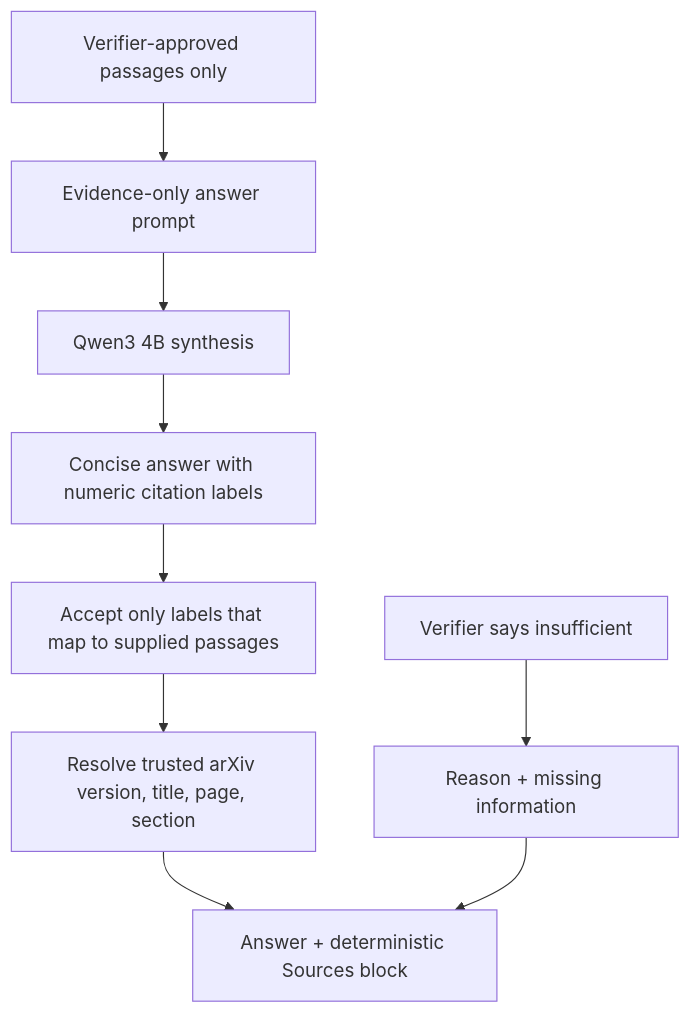
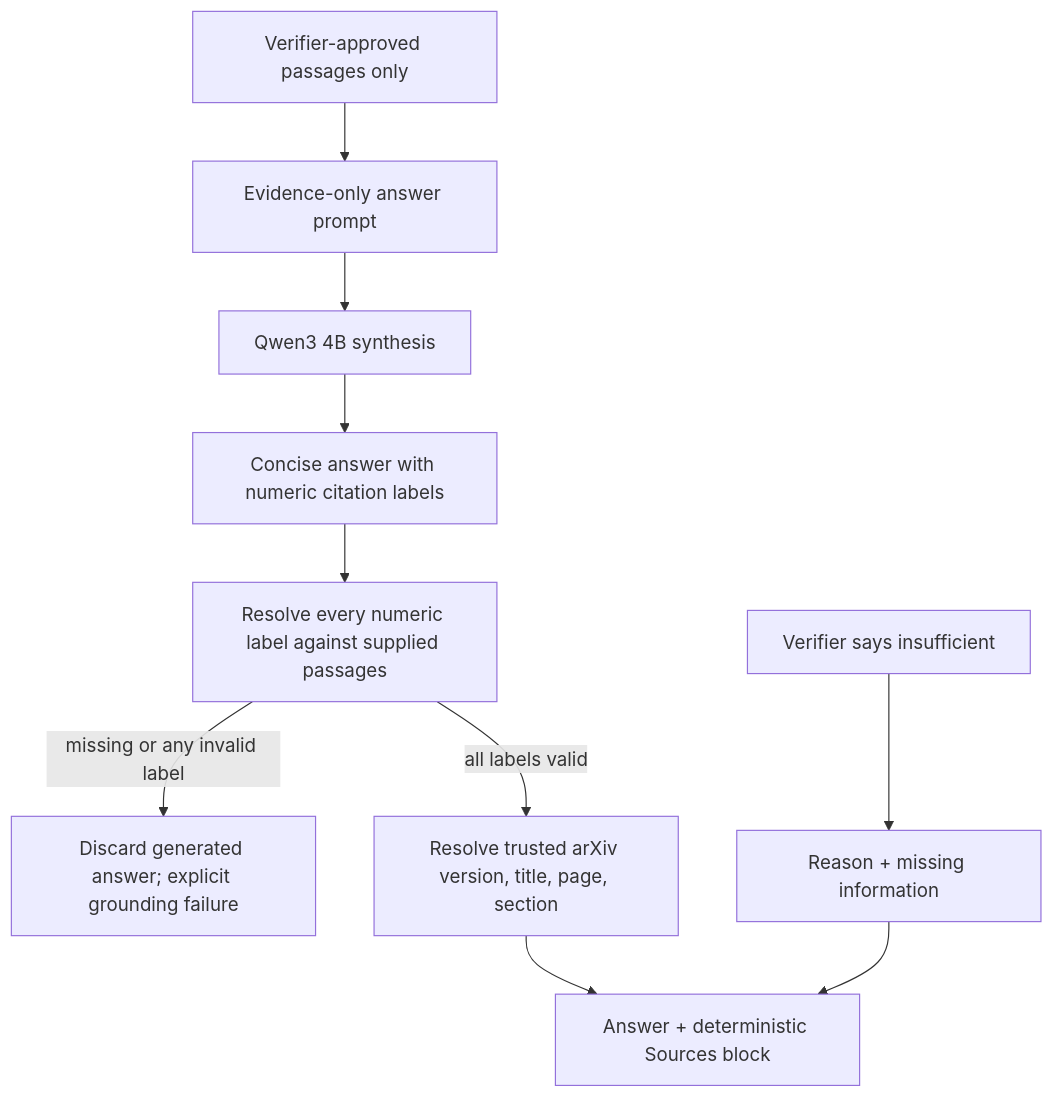
Before and after one commit to TQC0103/scientific-research-agent: the eighth of 11 diagrams in docs/SYSTEM_VISUALIZATION.md, drawn with Mermaid. The commit also changed other lines of this file and 11 other files, not shown here.

````diff
--- a/docs/SYSTEM_VISUALIZATION.md
+++ b/docs/SYSTEM_VISUALIZATION.md
@@ -197,12 +197,13 @@
 ```mermaid
 flowchart TD
     VERIFIED["Verifier-approved passages only"] --> PROMPT["Evidence-only answer prompt"]
     PROMPT --> QWEN["Qwen3 4B synthesis"]
     QWEN --> RAW["Concise answer with numeric citation labels"]
-    RAW --> PARSE["Accept only labels that map to supplied passages"]
-    PARSE --> METADATA["Resolve trusted arXiv version, title, page, section"]
+    RAW --> PARSE["Resolve every numeric label against supplied passages"]
+    PARSE -->|"missing or any invalid label"| CITEFAIL["Discard generated answer; explicit grounding failure"]
+    PARSE -->|"all labels valid"| METADATA["Resolve trusted arXiv version, title, page, section"]
     METADATA --> FINAL["Answer + deterministic Sources block"]
 
     INSUFFICIENT["Verifier says insufficient"] --> ABSTAIN["Reason + missing information"]
     ABSTAIN --> FINAL
 ```
````
